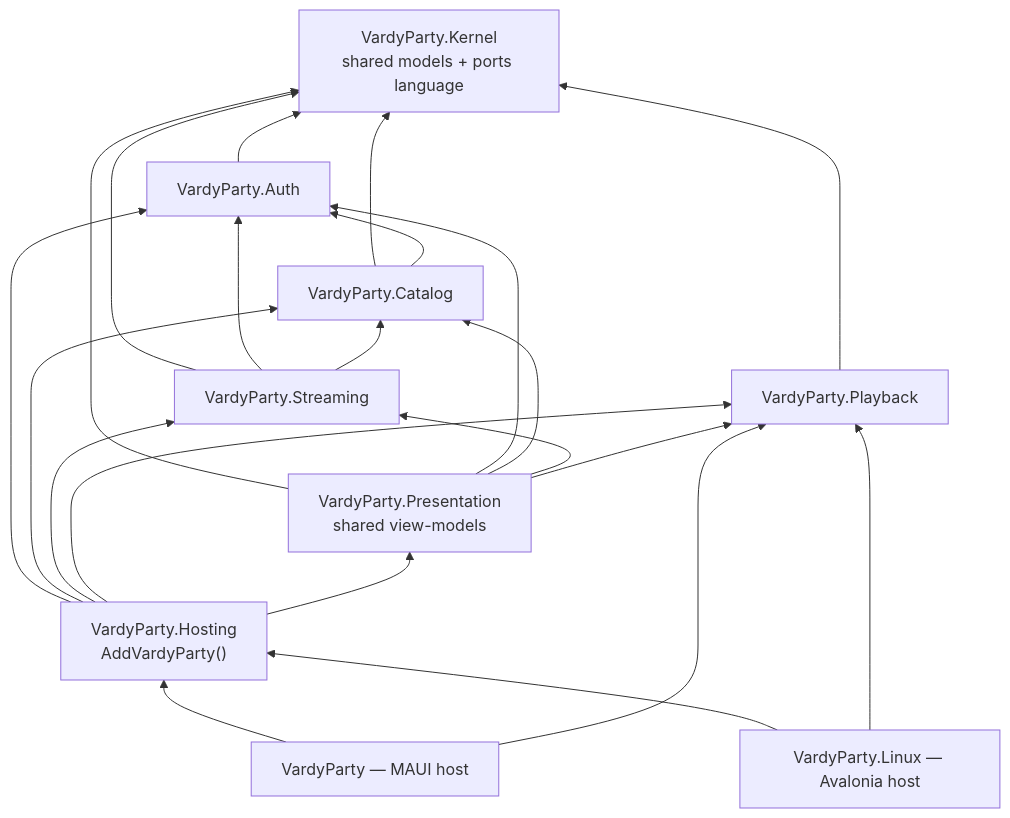
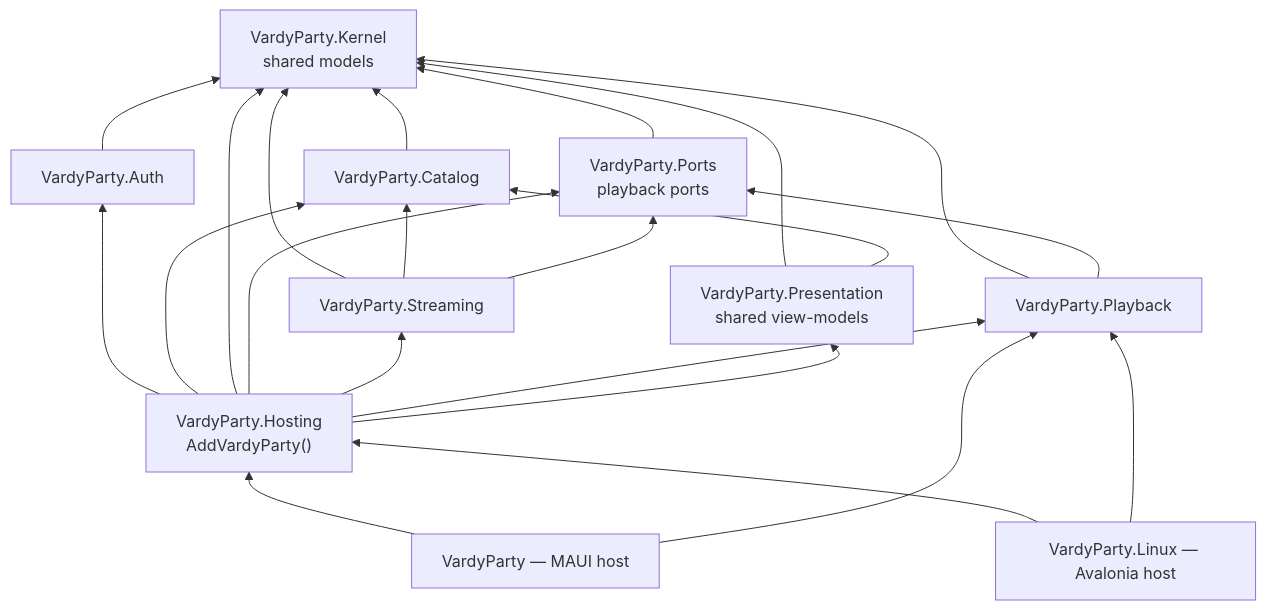
Before and after one commit to Vardy-Party/Client: the first of 4 diagrams in docs/architecture/phase-1-canvas.md, drawn with Mermaid. The commit also changed other lines of this file and 241 other files, not shown here.

First line of the commit message:
Share Auth0 token session, add Ports, and drop Services namespaces.

````diff
--- a/docs/architecture/phase-1-canvas.md
+++ b/docs/architecture/phase-1-canvas.md
@@ -12,34 +12,35 @@
 ```mermaid
 flowchart BT
-  Kernel["VardyParty.Kernel<br/>shared models + ports language"]
+  Kernel["VardyParty.Kernel<br/>shared models"]
+  Ports["VardyParty.Ports<br/>playback ports"]
   Auth["VardyParty.Auth"]
   Catalog["VardyParty.Catalog"]
   Streaming["VardyParty.Streaming"]
   Playback["VardyParty.Playback"]
   Presentation["VardyParty.Presentation<br/>shared view-models"]
   Hosting["VardyParty.Hosting<br/>AddVardyParty()"]
   Maui["VardyParty — MAUI host"]
   Linux["VardyParty.Linux — Avalonia host"]
 
   Auth --> Kernel
   Catalog --> Kernel
-  Catalog --> Auth
+  Ports --> Kernel
   Streaming --> Kernel
-  Streaming --> Auth
   Streaming --> Catalog
+  Streaming --> Ports
   Playback --> Kernel
+  Playback --> Ports
   Presentation --> Kernel
-  Presentation --> Auth
   Presentation --> Catalog
-  Presentation --> Streaming
-  Presentation --> Playback
   Hosting --> Auth
   Hosting --> Catalog
+  Hosting --> Kernel
+  Hosting --> Ports
   Hosting --> Streaming
   Hosting --> Playback
   Hosting --> Presentation
   Maui --> Hosting
   Linux --> Hosting
   Maui --> Playback
   Linux --> Playback
 ```
````
